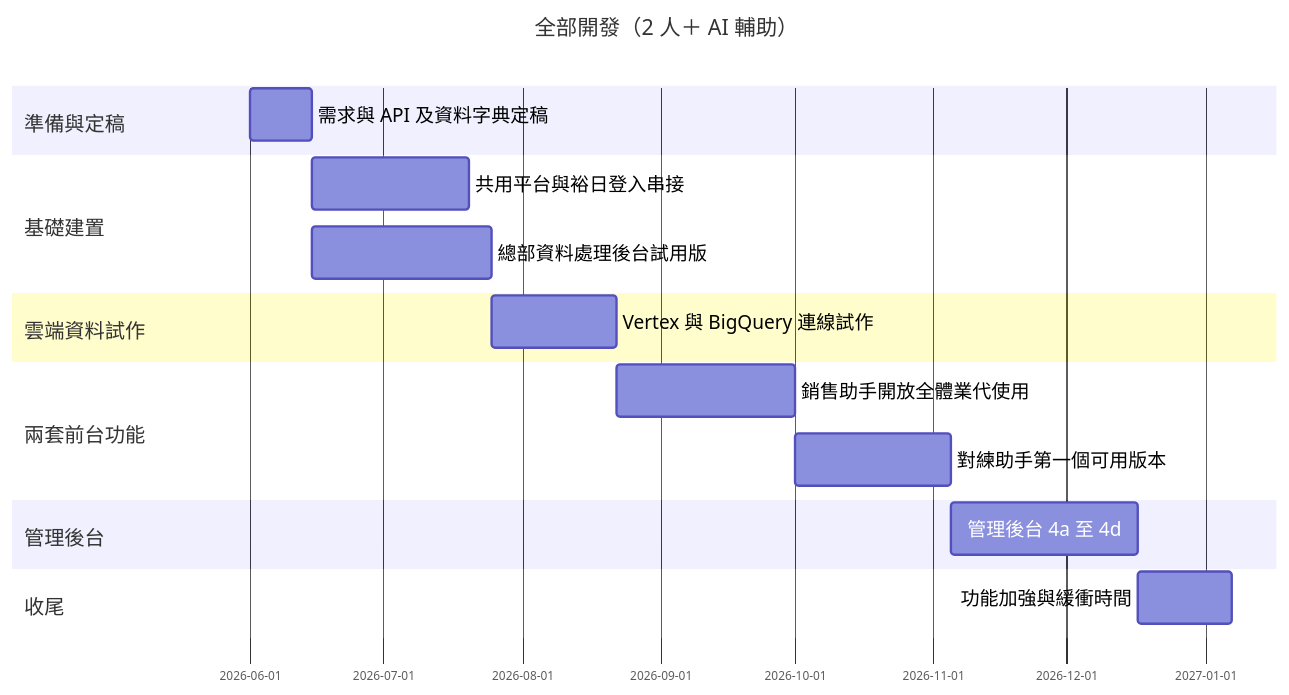
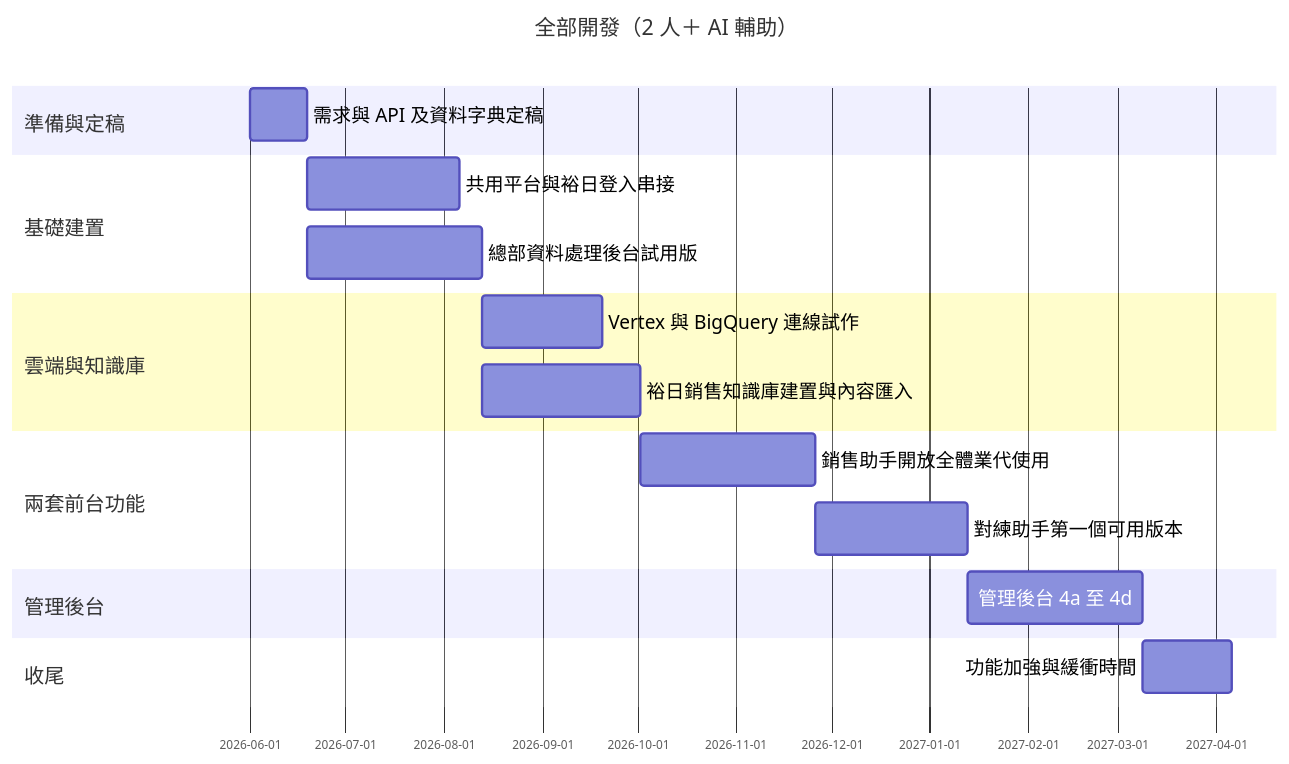
One commit to humtersiso/YNM_Sales_AI_Coach changed the first of 2 diagrams in PROJECT_SCOPE_SALES_TRAINING.md. Above: the diagram before and after it, drawn with Mermaid. The commit also changed other lines of this file, not shown here.

````diff
--- a/PROJECT_SCOPE_SALES_TRAINING.md
+++ b/PROJECT_SCOPE_SALES_TRAINING.md
@@ -129,20 +132,21 @@
 ```mermaid
 %%{init: { "gantt": { "barHeight": 44, "barGap": 14, "fontSize": 16, "sectionFontSize": 17, "topPadding": 70, "leftPadding": 200, "gridLineStartPadding": 50 } } }%%
 gantt
 title 全部開發（2 人＋ AI 輔助）
 dateFormat YYYY-MM-DD
 section 準備與定稿
-需求與 API 及資料字典定稿 :p0, 2026-06-01, 14d
+需求與 API 及資料字典定稿 :p0, 2026-06-01, 18d
 section 基礎建置
-共用平台與裕日登入串接 :p1, after p0, 35d
-總部資料處理後台試用版 :p1b, after p0, 40d
-section 雲端資料試作
-Vertex 與 BigQuery 連線試作 :p2, after p1b, 28d
+共用平台與裕日登入串接 :p1, after p0, 48d
+總部資料處理後台試用版 :p1b, after p0, 55d
+section 雲端與知識庫
+Vertex 與 BigQuery 連線試作 :p2, after p1b, 38d
+裕日銷售知識庫建置與內容匯入 :pk, after p1b, 50d
 section 兩套前台功能
-銷售助手開放全體業代使用 :p3a, after p2, 40d
-對練助手第一個可用版本 :p3b, after p3a, 35d
+銷售助手開放全體業代使用 :p3a, after p2 pk, 55d
+對練助手第一個可用版本 :p3b, after p3a, 48d
 section 管理後台
-管理後台 4a 至 4d :p4, after p3b, 42d
+管理後台 4a 至 4d :p4, after p3b, 55d
 section 收尾
-功能加強與緩衝時間 :p5, after p4, 21d
+功能加強與緩衝時間 :p5, after p4, 28d
 ```
````
